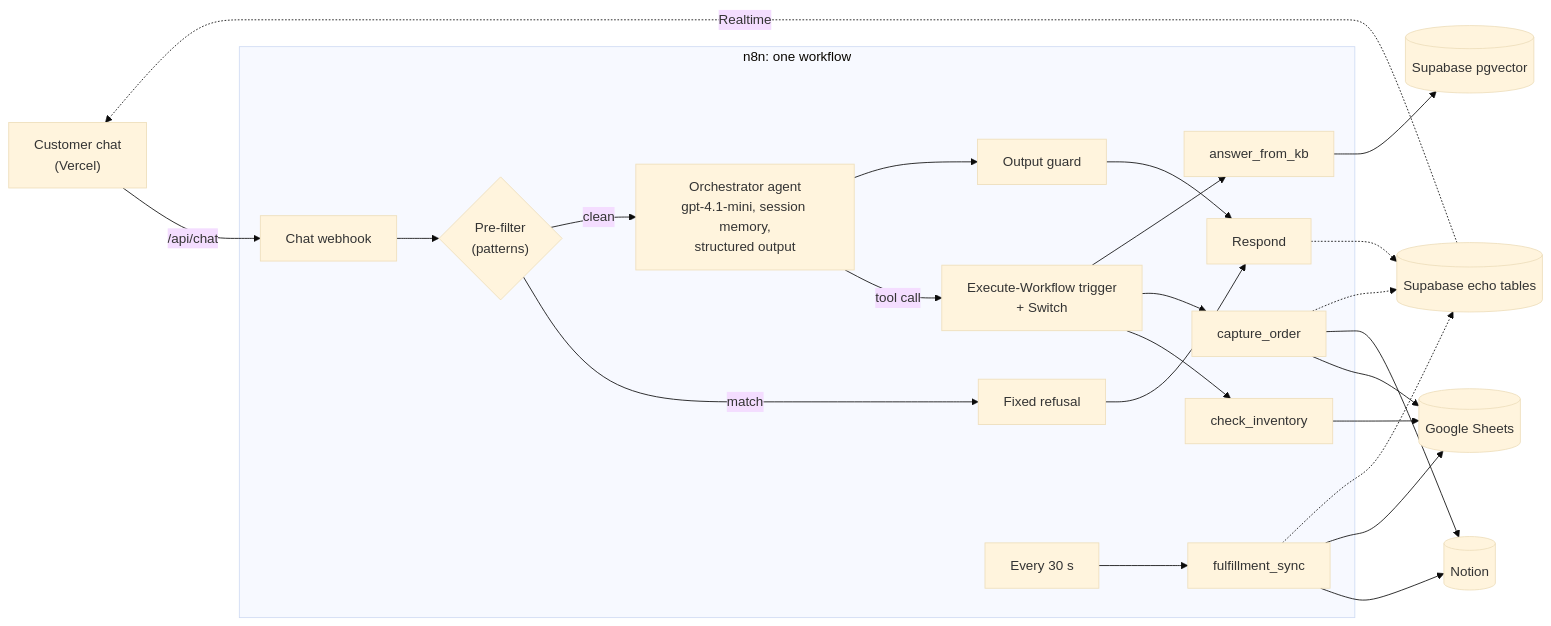
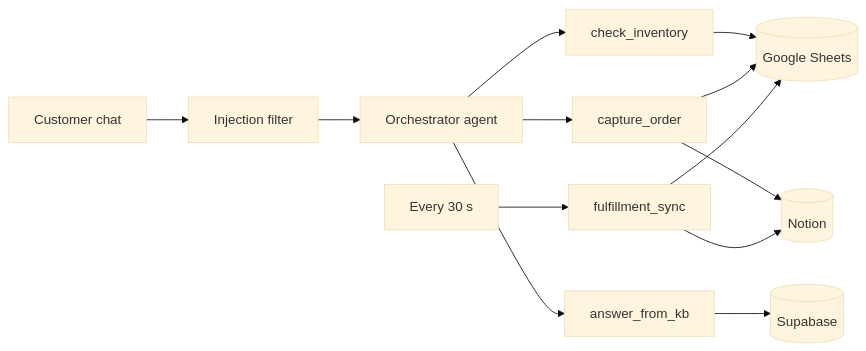
One commit to RideneFiras/MultiAppHackathon changed the diagram in README.md. Above: the diagram before and after it, drawn with Mermaid (base theme). The commit also changed other lines of this file and 39 other files, not shown here.

````diff
--- a/README.md
+++ b/README.md
@@ -41,26 +33,15 @@
 ```mermaid
 flowchart LR
-  C["Customer chat<br/>(Vercel)"] -->|/api/chat| WH[Chat webhook]
-  subgraph N8N["n8n: one workflow"]
-    WH --> PF{"Pre-filter<br/>(patterns)"}
-    PF -->|match| RF[Fixed refusal]
-    PF -->|clean| AG["Orchestrator agent<br/>gpt-4.1-mini, session memory,<br/>structured output"]
-    AG -->|tool call| SW["Execute-Workflow trigger<br/>+ Switch"]
-    SW --> CI[check_inventory]
-    SW --> CO[capture_order]
-    SW --> KB[answer_from_kb]
-    AG --> OG[Output guard] --> RS[Respond]
-    RF --> RS
-    TM[Every 30 s] --> FS[fulfillment_sync]
-  end
-  CI --> GS[(Google Sheets)]
-  CO --> GS
-  CO --> NO[(Notion)]
-  FS --> NO
-  FS --> GS
-  KB --> VEC[(Supabase pgvector)]
-  CO -.-> ECHO[(Supabase echo tables)]
-  FS -.-> ECHO
-  RS -.-> ECHO
-  ECHO -. Realtime .-> C
+  chat[Customer chat] --> filter[Injection filter]
+  filter --> agent[Orchestrator agent]
+  agent --> inv[check_inventory]
+  agent --> ord[capture_order]
+  agent --> kb[answer_from_kb]
+  inv --> sheets[(Google Sheets)]
+  ord --> sheets
+  ord --> notion[(Notion)]
+  kb --> supabase[(Supabase)]
+  timer[Every 30 s] --> sync[fulfillment_sync]
+  sync --> notion
+  sync --> sheets
 ```
````
